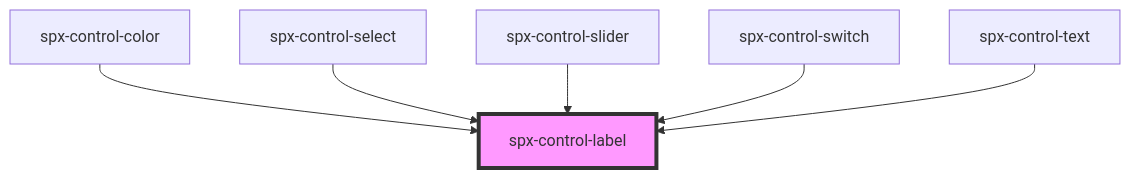
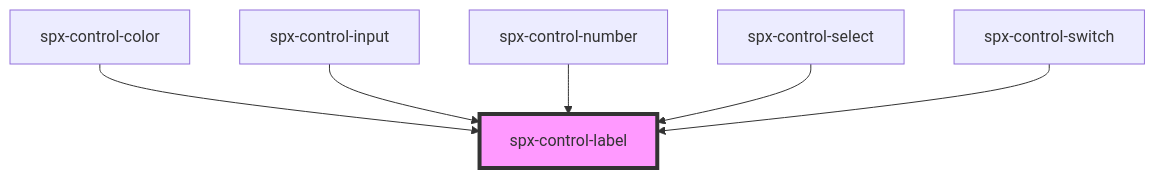
One commit to dnnsjsk/spx changed the diagram in stencil/src/components/controls/spx-control-label/readme.md. Above: the diagram before and after it, drawn with Mermaid. The commit also changed other lines of this file and 285 other files, not shown here.

````diff
--- a/stencil/src/components/controls/spx-control-label/readme.md
+++ b/stencil/src/components/controls/spx-control-label/readme.md
@@ -27,9 +25,9 @@
 ```mermaid
 graph TD;
   spx-control-color --> spx-control-label
+  spx-control-input --> spx-control-label
+  spx-control-number --> spx-control-label
   spx-control-select --> spx-control-label
-  spx-control-slider --> spx-control-label
   spx-control-switch --> spx-control-label
-  spx-control-text --> spx-control-label
   style spx-control-label fill:#f9f,stroke:#333,stroke-width:4px
 ```
````
